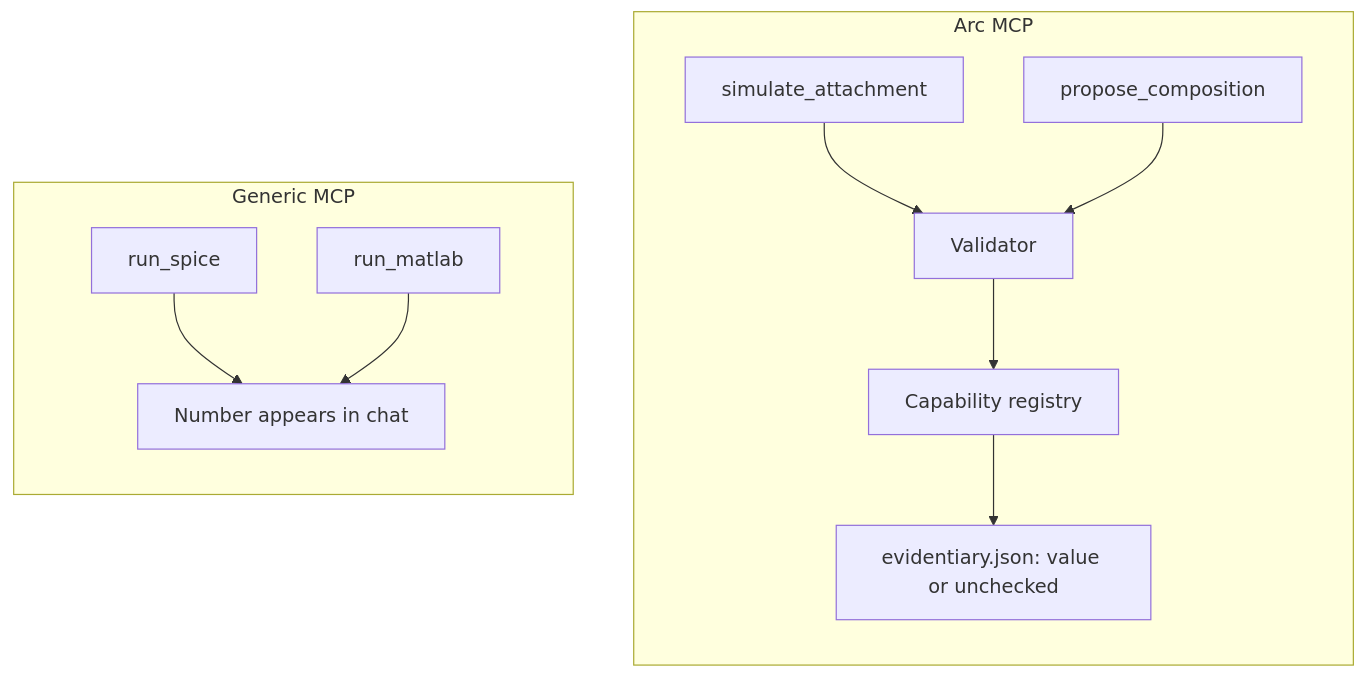
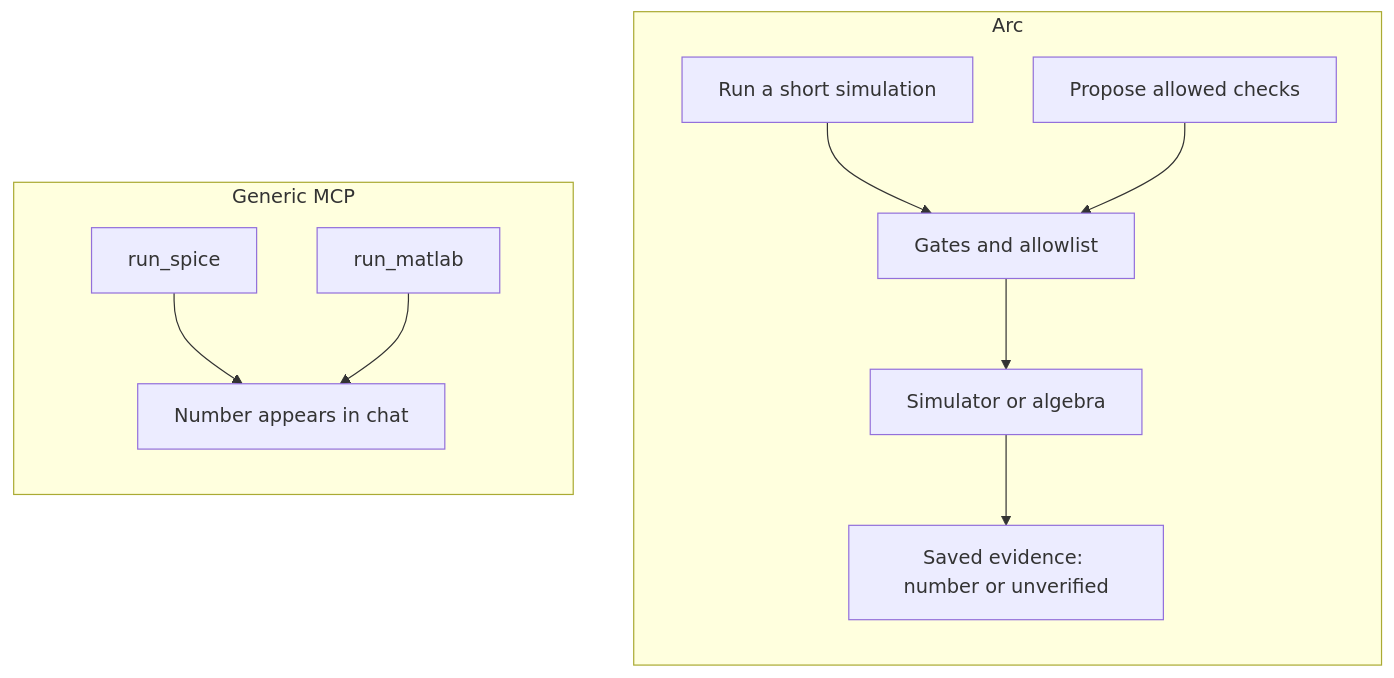
One commit to Vinayak-RZ/ARC changed the third of 6 diagrams in docs/ON_THE_HARNESS.md. Above: the diagram before and after it, drawn with Mermaid. The commit also changed other lines of this file and 9 other files, not shown here.

````diff
--- a/docs/ON_THE_HARNESS.md
+++ b/docs/ON_THE_HARNESS.md
@@ -76,18 +129,18 @@
 ```mermaid
 flowchart LR
   subgraph generic["Generic MCP"]
     G1["run_spice"]
     G2["run_matlab"]
     G1 --> Chat["Number appears in chat"]
     G2 --> Chat
   end
-  subgraph arcway["Arc MCP"]
-    A1["simulate_attachment"]
-    A2["propose_composition"]
-    A1 --> Val["Validator"]
+  subgraph arcway["Arc"]
+    A1["Run a short simulation"]
+    A2["Propose allowed checks"]
+    A1 --> Val["Gates and allowlist"]
     A2 --> Val
-    Val --> Cap["Capability registry"]
-    Cap --> Out["evidentiary.json: value or unchecked"]
+    Val --> Sim["Simulator or algebra"]
+    Sim --> Out["Saved evidence: number or unverified"]
   end
   generic ~~~ arcway
 ```
````
